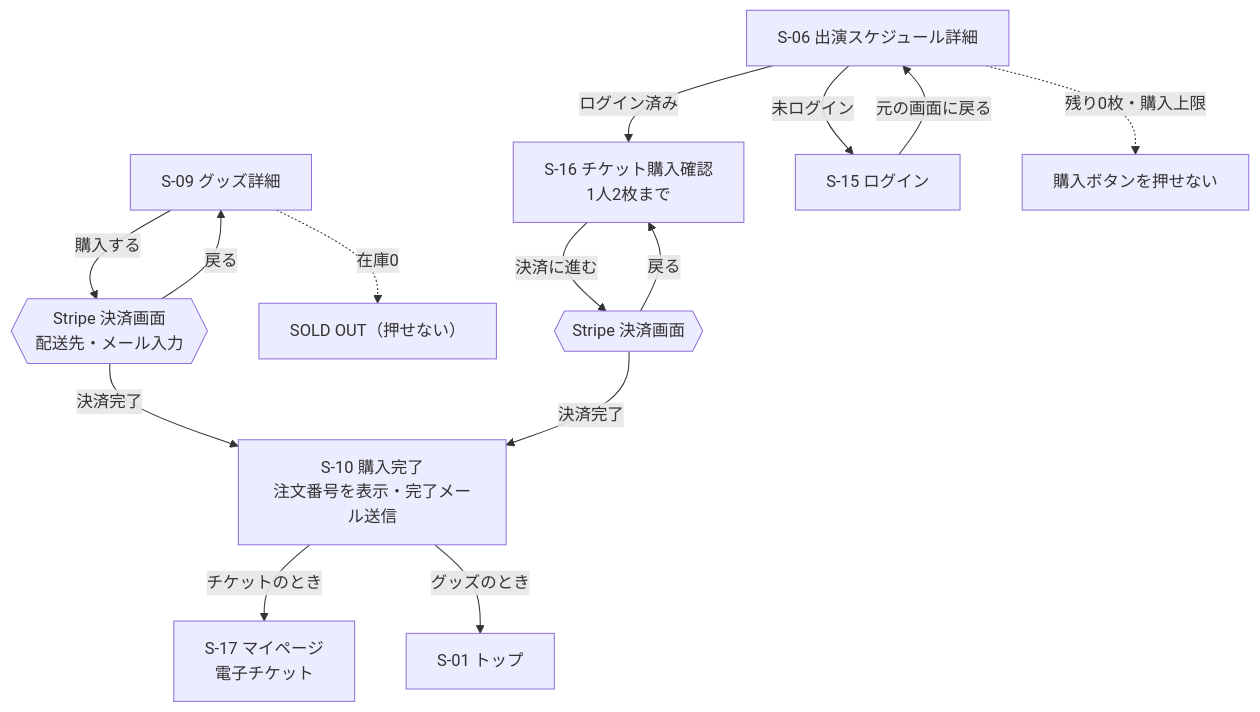
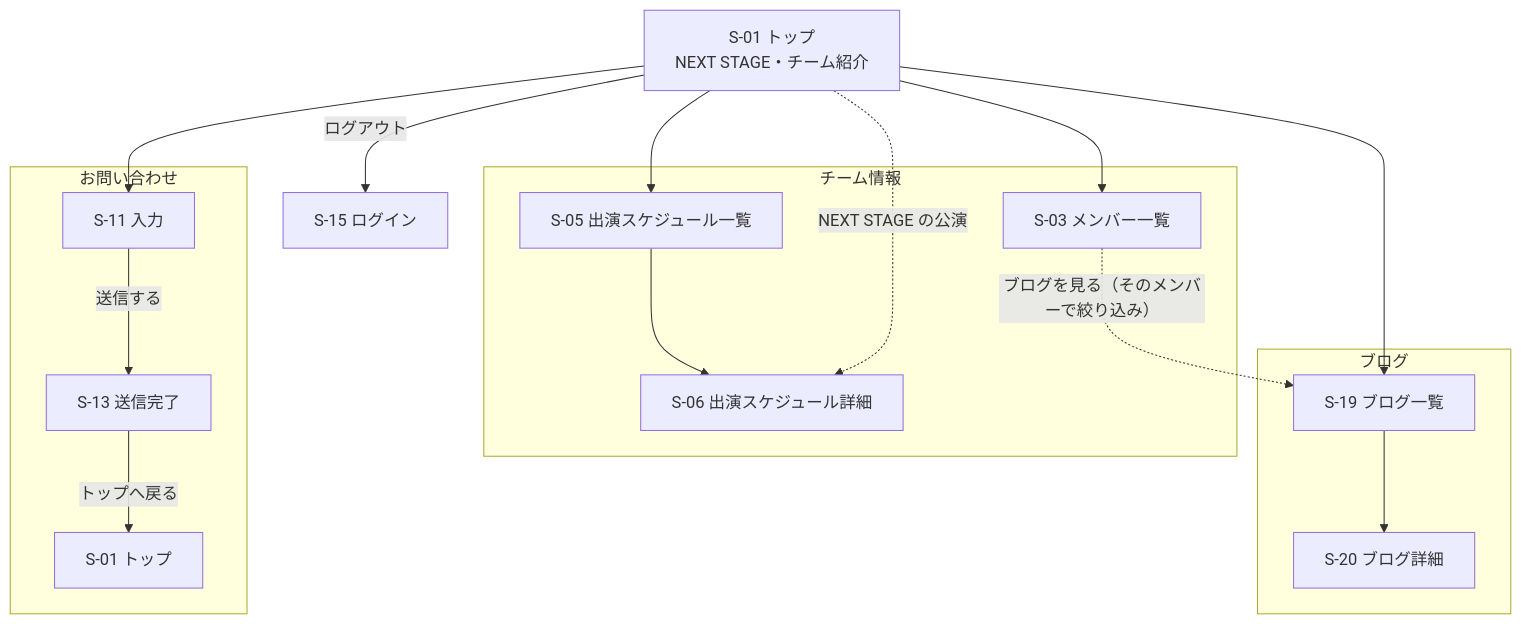
The second of 4 diagrams in docs/01_screen-design/screen-transition.md (sena-tanaka/fan-site), drawn with Mermaid before and after one commit. The commit also changed other lines of this file and 10 other files, not shown here.

````diff
--- a/docs/01_screen-design/screen-transition.md
+++ b/docs/01_screen-design/screen-transition.md
@@ -58,16 +38,23 @@
 ```mermaid
 flowchart TD
-    GDSD["S-09 グッズ詳細"] -->|購入する| STRIPE1{{"Stripe 決済画面<br>配送先・メール入力"}}
-    GDSD -.->|在庫0| SOLD1["SOLD OUT（押せない）"]
-    STRIPE1 -->|決済完了| DONE["S-10 購入完了<br>注文番号を表示・完了メール送信"]
-    STRIPE1 -->|戻る| GDSD
+    TOP["S-01 トップ<br>NEXT STAGE・チーム紹介"]
 
-    SCHD["S-06 出演スケジュール詳細"] -->|ログイン済み| TCK["S-16 チケット購入確認<br>1人2枚まで"]
-    SCHD -->|未ログイン| LOGIN["S-15 ログイン"] -->|元の画面に戻る| SCHD
-    SCHD -.->|残り0枚・購入上限| SOLD2["購入ボタンを押せない"]
-    TCK -->|決済に進む| STRIPE2{{"Stripe 決済画面"}}
-    STRIPE2 -->|決済完了| DONE
-    STRIPE2 -->|戻る| TCK
-    DONE -->|チケットのとき| MY["S-17 マイページ<br>電子チケット"]
-    DONE -->|グッズのとき| TOP["S-01 トップ"]
+    subgraph info["チーム情報"]
+        MEM["S-03 メンバー一覧"]
+        SCH["S-05 出演スケジュール一覧"] --> SCHD["S-06 出演スケジュール詳細"]
+    end
+
+    subgraph contact["お問い合わせ"]
+        CON["S-11 入力"] -->|送信する| CONF["S-13 送信完了"]
+        CONF -->|トップへ戻る| TOP2["S-01 トップ"]
+    end
+
+    subgraph blog["ブログ"]
+        BLOG["S-19 ブログ一覧"] --> BLOGD["S-20 ブログ詳細"]
+    end
+
+    TOP --> MEM & SCH & CON & BLOG
+    TOP -.->|NEXT STAGE の公演| SCHD
+    MEM -.->|ブログを見る（そのメンバーで絞り込み）| BLOG
+    TOP -->|ログアウト| LOGIN["S-15 ログイン"]
 ```
````
